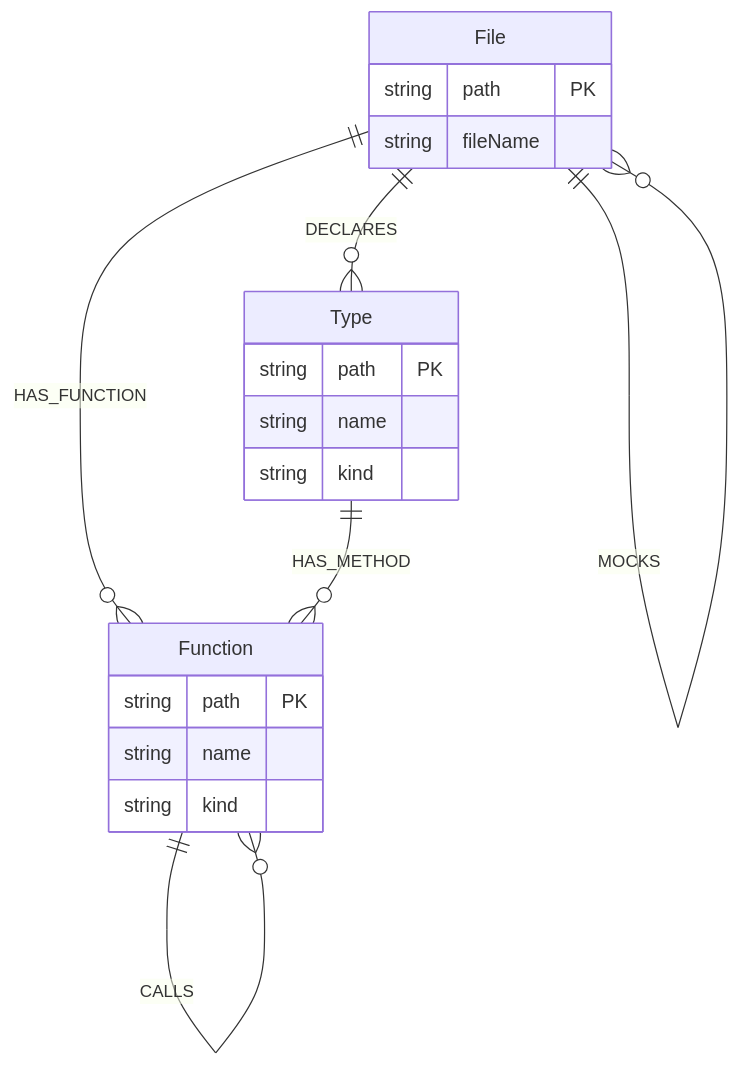
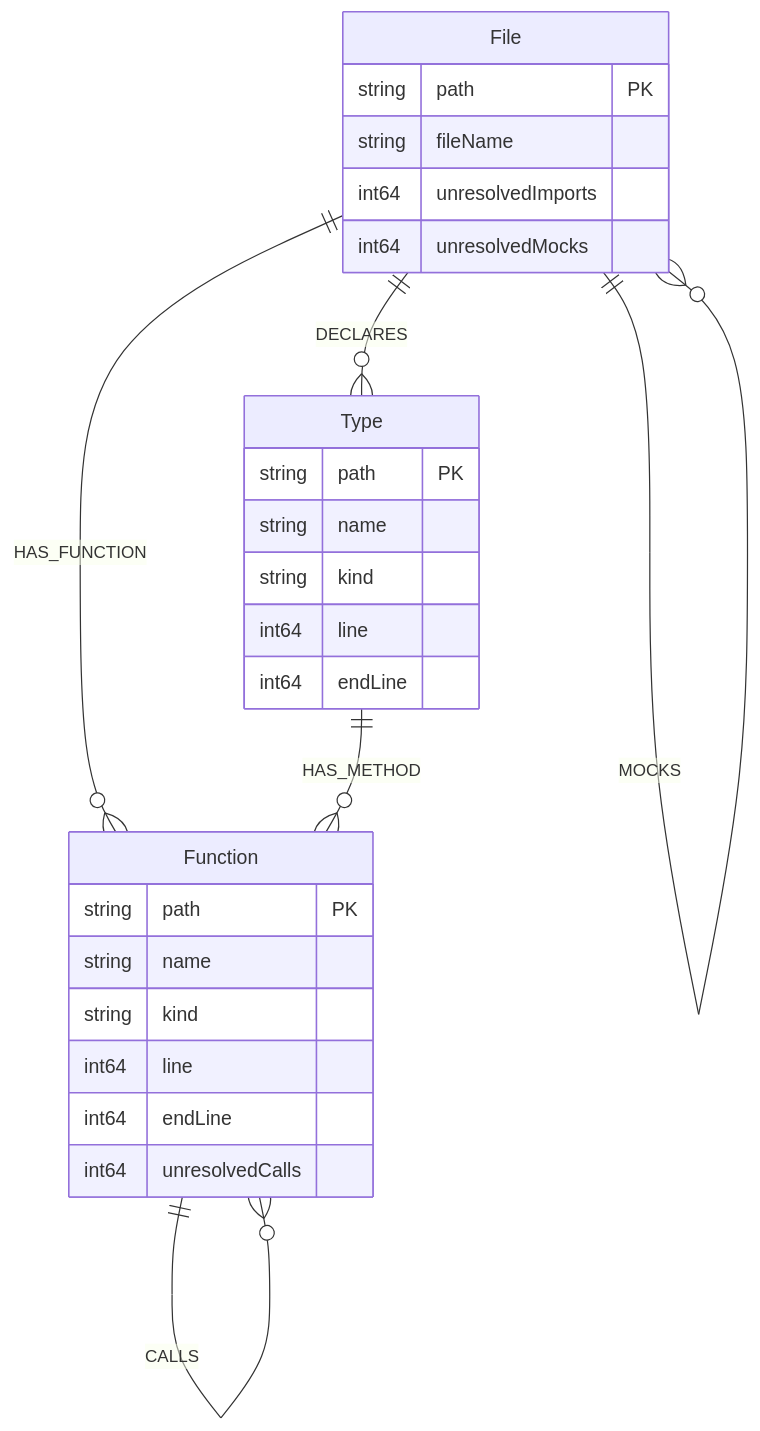
The second of 4 diagrams in docs/architecture.md (tullanders/CodeGraph), drawn with Mermaid before and after one commit. The commit also changed other lines of this file, not shown here.

Commit message:
docs: update architecture document for the reader-router work

````diff
--- a/docs/architecture.md
+++ b/docs/architecture.md
@@ -141,24 +186,31 @@
 ```mermaid
 erDiagram
     File ||--o{ File : IMPORTS
     File ||--o{ File : MOCKS
     File ||--o{ Type : DECLARES
     File ||--o{ Function : HAS_FUNCTION
     Type ||--o{ Function : HAS_METHOD
     Function ||--o{ Function : CALLS
 
     File {
         string path PK
         string fileName
+        int64 unresolvedImports
+        int64 unresolvedMocks
     }
     Type {
         string path PK
         string name
         string kind
+        int64 line
+        int64 endLine
     }
     Function {
         string path PK
         string name
         string kind
+        int64 line
+        int64 endLine
+        int64 unresolvedCalls
     }
 ```
````
